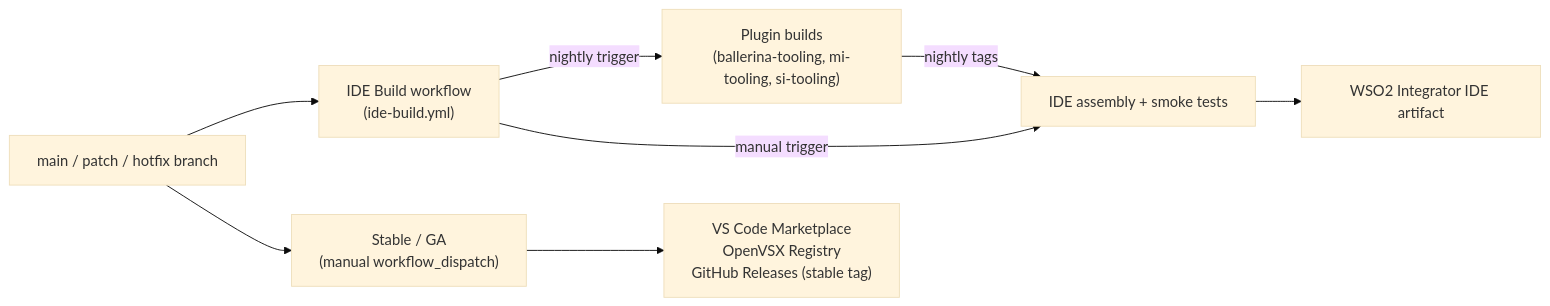
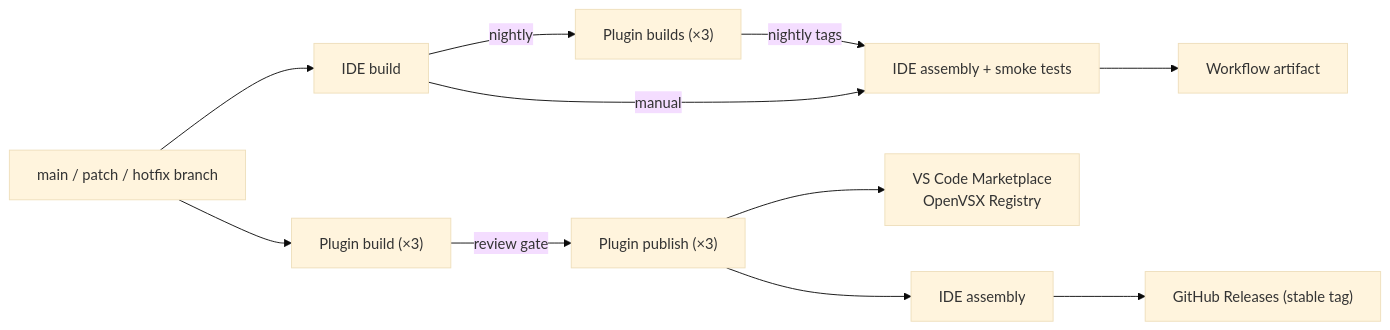
One commit to NipunaRanasinghe/wso2i-process-guides changed the second of 2 diagrams in docs/cicd-pipelines.md. Above: the diagram before and after it, drawn with Mermaid (base theme). The commit also changed other lines of this file, not shown here.

Commit message:
Refactor CI/CD documentation: reorder build tools, clarify nightly pipeline stages, and enhance manual trigger instructions.

````diff
--- a/docs/cicd-pipelines.md
+++ b/docs/cicd-pipelines.md
@@ -32,10 +32,13 @@
 ```mermaid
 graph LR
-    M["main / patch / hotfix branch"] --> IB["IDE Build workflow<br>(ide-build.yml)"]
-    IB -->|nightly trigger| PL["Plugin builds<br>(ballerina-tooling, mi-tooling, si-tooling)"]
+    M["main / patch / hotfix branch"] --> IB["IDE build"]
+    IB -->|nightly| PL["Plugin builds (×3)"]
     PL -->|nightly tags| AS["IDE assembly + smoke tests"]
-    IB -->|manual trigger| AS
-    M --> S["Stable / GA<br>(manual workflow_dispatch)"]
-    AS --> IA["WSO2 Integrator IDE artifact"]
-    S --> ST["VS Code Marketplace<br>OpenVSX Registry<br>GitHub Releases (stable tag)"]
+    IB -->|manual| AS
+    AS --> IA["Workflow artifact"]
+    M --> PB["Plugin build (×3)"]
+    PB -->|review gate| PP["Plugin publish (×3)"]
+    PP --> MK["VS Code Marketplace<br>OpenVSX Registry"]
+    PP --> BA["IDE assembly"]
+    BA --> GR["GitHub Releases (stable tag)"]
 ```
````
